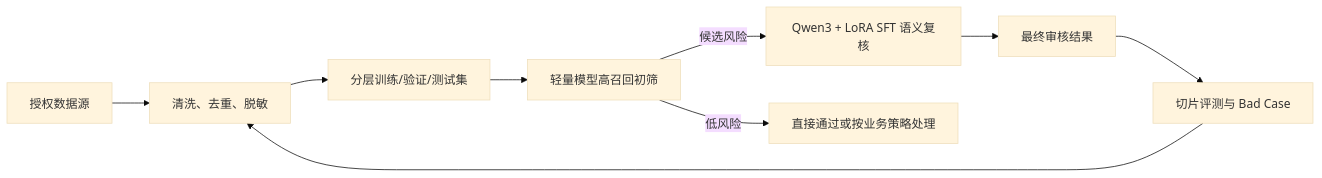
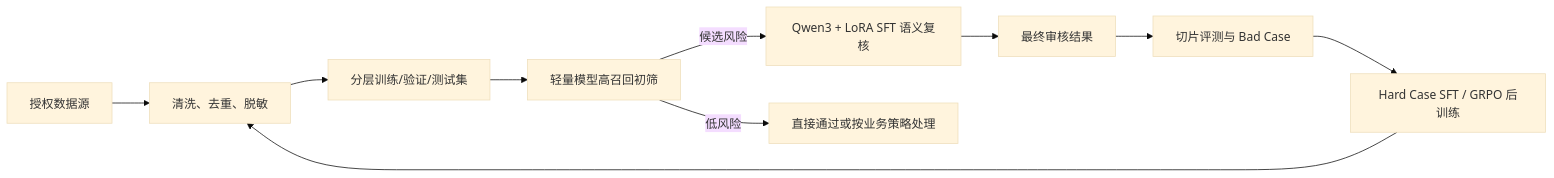
The diagram in README.md (lwh37/fine-tuning), drawn with Mermaid (base theme) before and after one commit. The commit also changed other lines of this file and 12 other files, not shown here.

````diff
--- a/README.md
+++ b/README.md
@@ -17,11 +17,12 @@
 ```mermaid
 flowchart LR
     A[授权数据源] --> B[清洗、去重、脱敏]
     B --> C[分层训练/验证/测试集]
     C --> D[轻量模型高召回初筛]
     D -->|候选风险| E[Qwen3 + LoRA SFT 语义复核]
     D -->|低风险| F[直接通过或按业务策略处理]
     E --> G[最终审核结果]
     G --> H[切片评测与 Bad Case]
-    H --> B
+    H --> I[Hard Case SFT / GRPO 后训练]
+    I --> B
 ```
````
